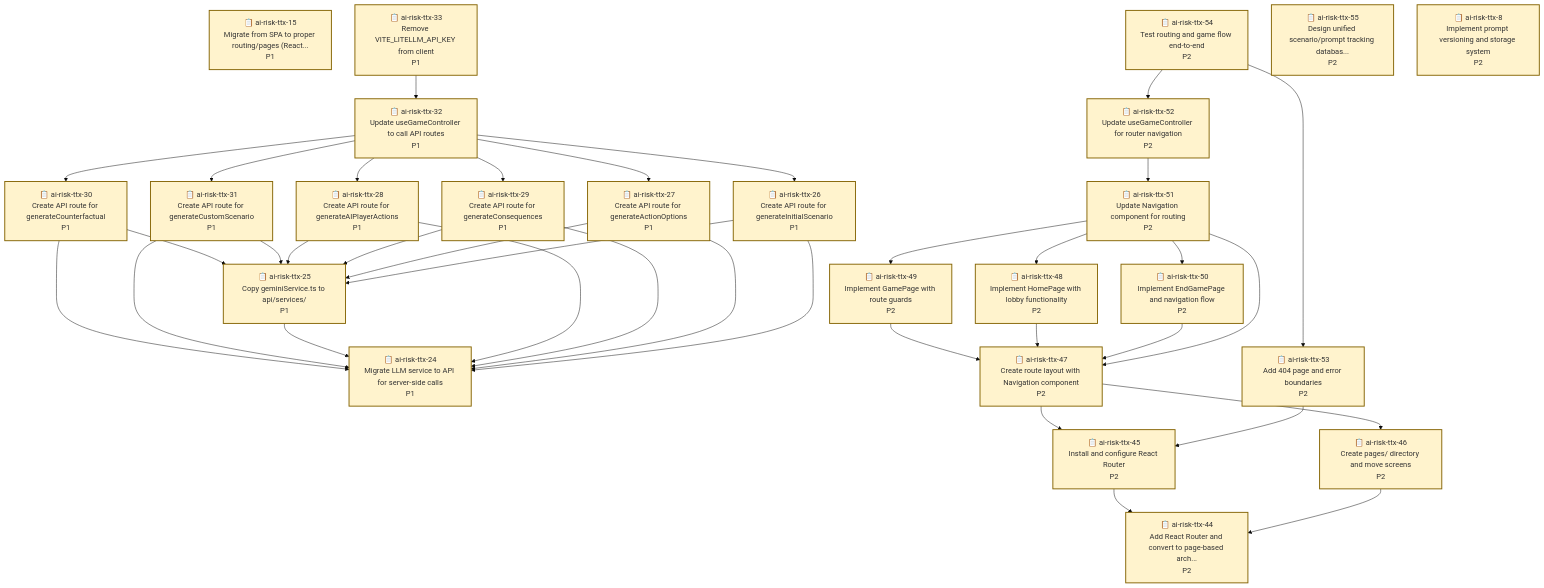
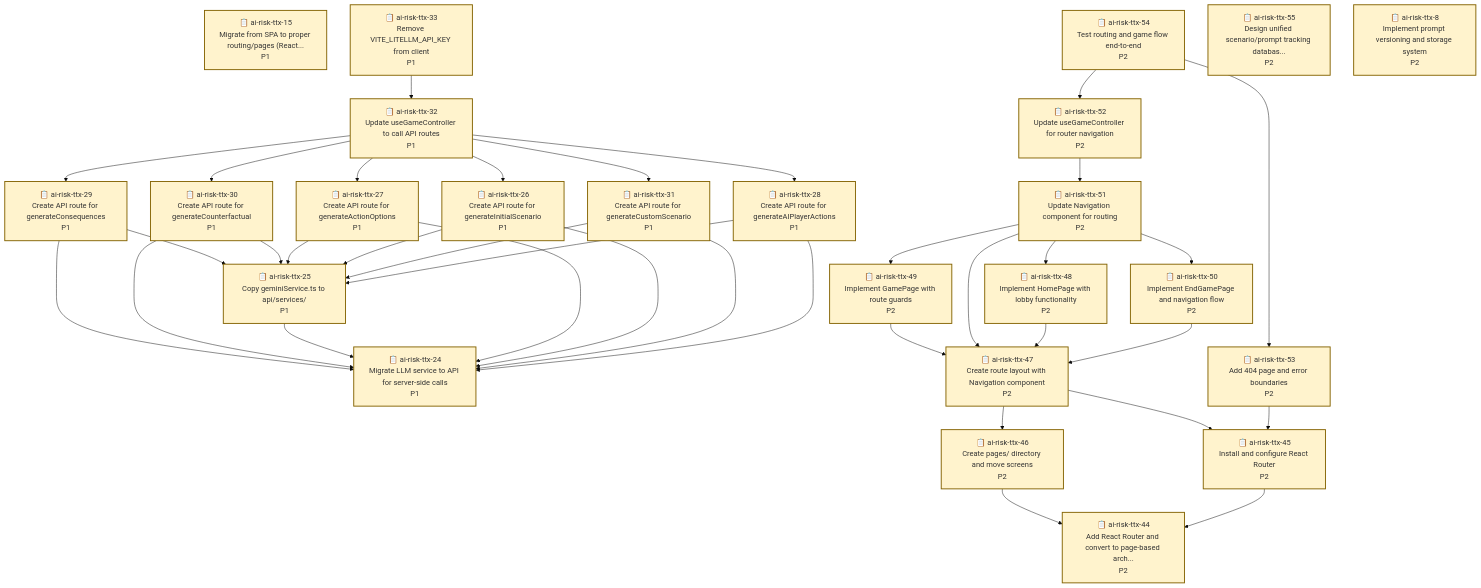
The diagram in .beads/graph.md (bhi5hmaraj/ai-risk-ttx), drawn with Mermaid (base theme) before and after one commit. The commit also changed other lines of this file and 3 other files, not shown here.

````diff
--- a/.beads/graph.md
+++ b/.beads/graph.md
@@ -49,39 +49,39 @@
     ai-risk-ttx-8["📋 ai-risk-ttx-8<br/>Implement prompt versioning and storage system<br/>P2"]
     style ai-risk-ttx-8 fill:#fff3cd,stroke:#856404,stroke-width:2px
 
-    ai-risk-ttx-54 --> ai-risk-ttx-52
-    ai-risk-ttx-54 --> ai-risk-ttx-53
+    ai-risk-ttx-49 --> ai-risk-ttx-47
+    ai-risk-ttx-29 --> ai-risk-ttx-24
+    ai-risk-ttx-29 --> ai-risk-ttx-25
+    ai-risk-ttx-52 --> ai-risk-ttx-51
     ai-risk-ttx-33 --> ai-risk-ttx-32
     ai-risk-ttx-30 --> ai-risk-ttx-24
     ai-risk-ttx-30 --> ai-risk-ttx-25
-    ai-risk-ttx-49 --> ai-risk-ttx-47
-    ai-risk-ttx-31 --> ai-risk-ttx-24
-    ai-risk-ttx-31 --> ai-risk-ttx-25
+    ai-risk-ttx-51 --> ai-risk-ttx-47
+    ai-risk-ttx-51 --> ai-risk-ttx-48
+    ai-risk-ttx-51 --> ai-risk-ttx-49
+    ai-risk-ttx-51 --> ai-risk-ttx-50
+    ai-risk-ttx-47 --> ai-risk-ttx-45
+    ai-risk-ttx-47 --> ai-risk-ttx-46
     ai-risk-ttx-25 --> ai-risk-ttx-24
+    ai-risk-ttx-54 --> ai-risk-ttx-52
+    ai-risk-ttx-54 --> ai-risk-ttx-53
     ai-risk-ttx-48 --> ai-risk-ttx-47
+    ai-risk-ttx-53 --> ai-risk-ttx-45
+    ai-risk-ttx-50 --> ai-risk-ttx-47
+    ai-risk-ttx-46 --> ai-risk-ttx-44
+    ai-risk-ttx-27 --> ai-risk-ttx-24
+    ai-risk-ttx-27 --> ai-risk-ttx-25
+    ai-risk-ttx-26 --> ai-risk-ttx-24
+    ai-risk-ttx-26 --> ai-risk-ttx-25
+    ai-risk-ttx-45 --> ai-risk-ttx-44
     ai-risk-ttx-32 --> ai-risk-ttx-26
     ai-risk-ttx-32 --> ai-risk-ttx-27
     ai-risk-ttx-32 --> ai-risk-ttx-28
     ai-risk-ttx-32 --> ai-risk-ttx-29
     ai-risk-ttx-32 --> ai-risk-ttx-30
     ai-risk-ttx-32 --> ai-risk-ttx-31
+    ai-risk-ttx-31 --> ai-risk-ttx-24
+    ai-risk-ttx-31 --> ai-risk-ttx-25
     ai-risk-ttx-28 --> ai-risk-ttx-24
     ai-risk-ttx-28 --> ai-risk-ttx-25
-    ai-risk-ttx-45 --> ai-risk-ttx-44
-    ai-risk-ttx-50 --> ai-risk-ttx-47
-    ai-risk-ttx-51 --> ai-risk-ttx-47
-    ai-risk-ttx-51 --> ai-risk-ttx-48
-    ai-risk-ttx-51 --> ai-risk-ttx-49
-    ai-risk-ttx-51 --> ai-risk-ttx-50
-    ai-risk-ttx-29 --> ai-risk-ttx-24
-    ai-risk-ttx-29 --> ai-risk-ttx-25
-    ai-risk-ttx-27 --> ai-risk-ttx-24
-    ai-risk-ttx-27 --> ai-risk-ttx-25
-    ai-risk-ttx-47 --> ai-risk-ttx-45
-    ai-risk-ttx-47 --> ai-risk-ttx-46
-    ai-risk-ttx-53 --> ai-risk-ttx-45
-    ai-risk-ttx-26 --> ai-risk-ttx-24
-    ai-risk-ttx-26 --> ai-risk-ttx-25
-    ai-risk-ttx-46 --> ai-risk-ttx-44
-    ai-risk-ttx-52 --> ai-risk-ttx-51
 ```
````
